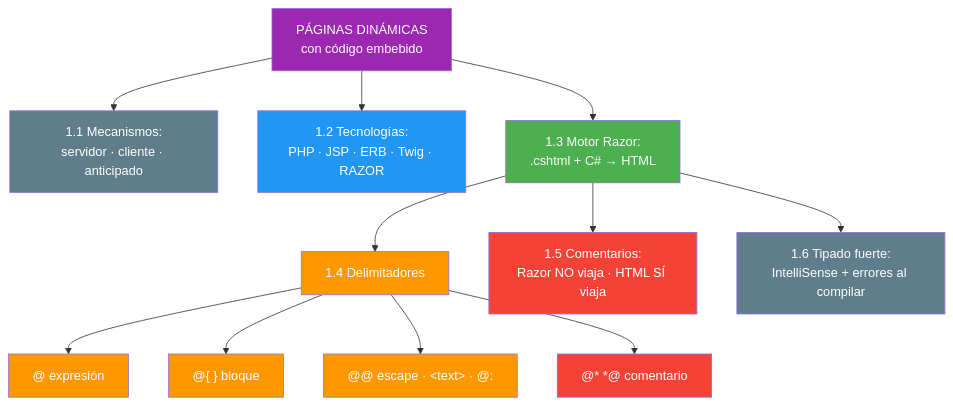
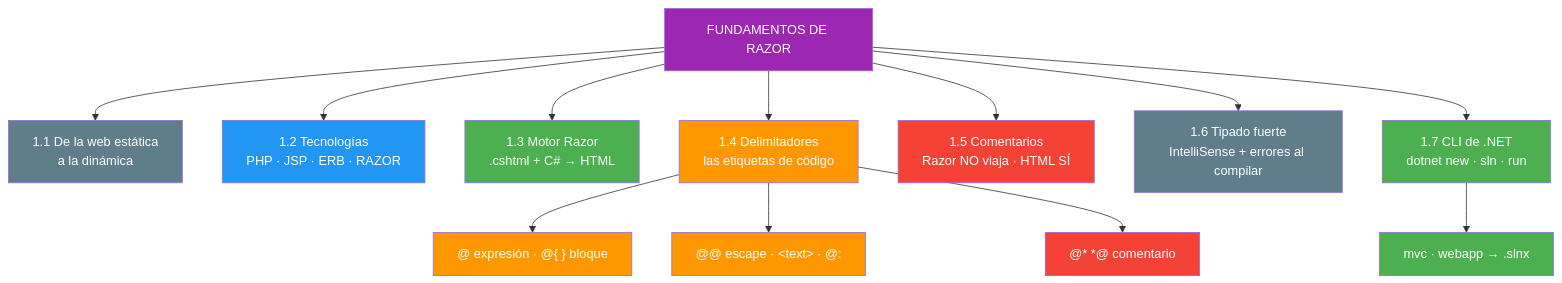
One commit to joseluisgs/DesarrolloWebEntornosServidor-03-2026-2027 changed the seventh of 7 diagrams in 01-razor-fundamentos.md. Above: the diagram before and after it, drawn with Mermaid. The commit also changed other lines of this file, not shown here.

First line of the commit message:
docs: replantear 01 con enfoque de gestion de Funkos y sin terminos de tienda

````diff
--- a/01-razor-fundamentos.md
+++ b/01-razor-fundamentos.md
@@ -614,27 +633,29 @@
 ```mermaid
 graph TD
-    A["PÁGINAS DINÁMICAS<br/>con código embebido"] --> B["1.1 Mecanismos:<br/>servidor · cliente · anticipado"]
-    A --> C["1.2 Tecnologías:<br/>PHP · JSP · ERB · Twig · RAZOR"]
-    A --> D["1.3 Motor Razor:<br/>.cshtml + C# → HTML"]
+    A["FUNDAMENTOS DE RAZOR"] --> B["1.1 De la web estática<br/>a la dinámica"]
+    A --> C["1.2 Tecnologías<br/>PHP · JSP · ERB · RAZOR"]
+    A --> D["1.3 Motor Razor<br/>.cshtml + C# → HTML"]
+    A --> E["1.4 Delimitadores<br/>las etiquetas de código"]
+    A --> F["1.5 Comentarios<br/>Razor NO viaja · HTML SÍ"]
+    A --> G["1.6 Tipado fuerte<br/>IntelliSense + errores al compilar"]
+    A --> H["1.7 CLI de .NET<br/>dotnet new · sln · run"]
 
-    D --> E["1.4 Delimitadores"]
-    E --> E1["@ expresión"]
-    E --> E2["@{ } bloque"]
-    E --> E3["@@ escape · &lt;text&gt; · @:"]
-    E --> E4["@* *@ comentario"]
+    E --> E1["@ expresión · @{ } bloque"]
+    E --> E2["@@ escape · &lt;text&gt; · @:"]
+    E --> E3["@* *@ comentario"]
 
-    D --> F["1.5 Comentarios:<br/>Razor NO viaja · HTML SÍ viaja"]
-    D --> G["1.6 Tipado fuerte:<br/>IntelliSense + errores al compilar"]
+    H --> H1["mvc  ·  webapp  →  .slnx"]
 
     style A fill:#9C27B0,color:#fff
     style B fill:#607D8B,color:#fff
     style C fill:#2196F3,color:#fff
     style D fill:#4CAF50,color:#fff
     style E fill:#FF9800,color:#fff
+    style F fill:#f44336,color:#fff
+    style G fill:#607D8B,color:#fff
+    style H fill:#4CAF50,color:#fff
     style E1 fill:#FF9800,color:#fff
     style E2 fill:#FF9800,color:#fff
-    style E3 fill:#FF9800,color:#fff
-    style E4 fill:#f44336,color:#fff
-    style F fill:#f44336,color:#fff
-    style G fill:#607D8B,color:#fff
+    style E3 fill:#f44336,color:#fff
+    style H1 fill:#4CAF50,color:#fff
 ```
````
